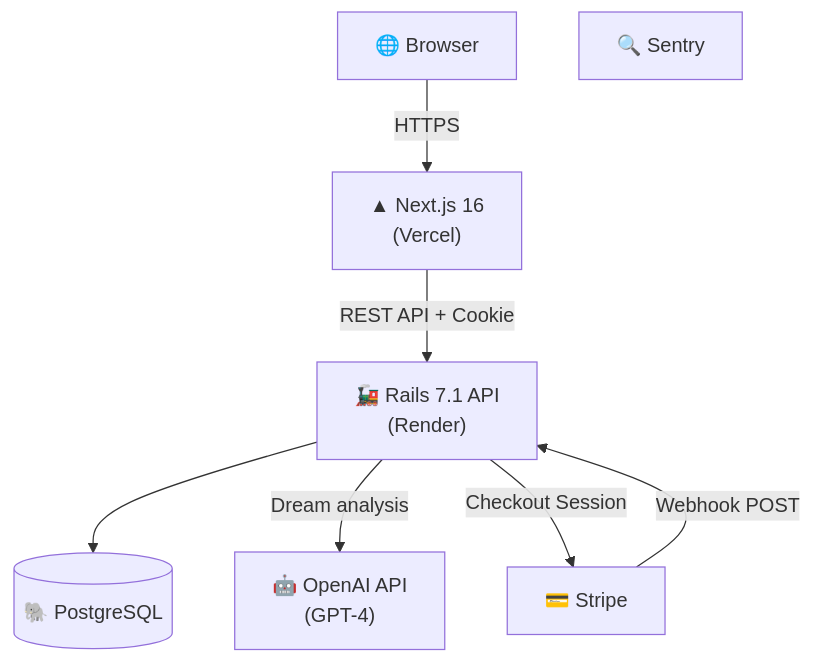
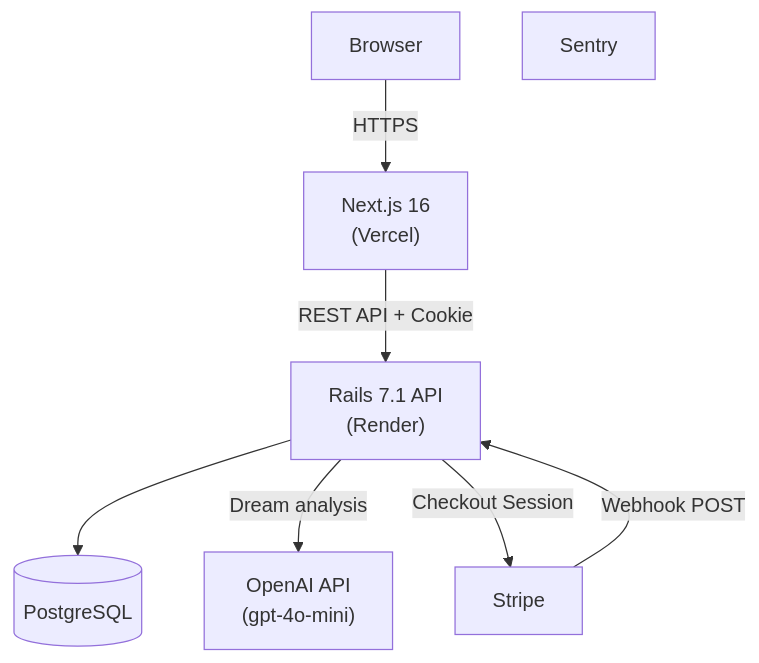
One commit to isekaisaru/dreamjournal-app changed the diagram in README.md. Above: the diagram before and after it, drawn with Mermaid. The commit also changed other lines of this file and 3 other files, not shown here.

````diff
--- a/README.md
+++ b/README.md
@@ -37,17 +37,17 @@
 ```mermaid
 graph TD
-    Browser["🌐 Browser"]
-    FE["▲ Next.js 16<br/>(Vercel)"]
-    BE["🚂 Rails 7.1 API<br/>(Render)"]
-    DB[("🐘 PostgreSQL")]
-    AI["🤖 OpenAI API<br/>(GPT-4)"]
-    Stripe["💳 Stripe"]
-    Sentry["🔍 Sentry"]
+    Browser["Browser"]
+    FE["Next.js 16<br/>(Vercel)"]
+    BE["Rails 7.1 API<br/>(Render)"]
+    DB[("PostgreSQL")]
+    AI["OpenAI API<br/>(gpt-4o-mini)"]
+    Stripe["Stripe"]
+    Sentry["Sentry"]
 
     Browser -->|HTTPS| FE
     FE -->|REST API + Cookie| BE
     BE --> DB
     BE -->|Dream analysis| AI
     BE -->|Checkout Session| Stripe
     Stripe -->|Webhook POST| BE
 ```
````
